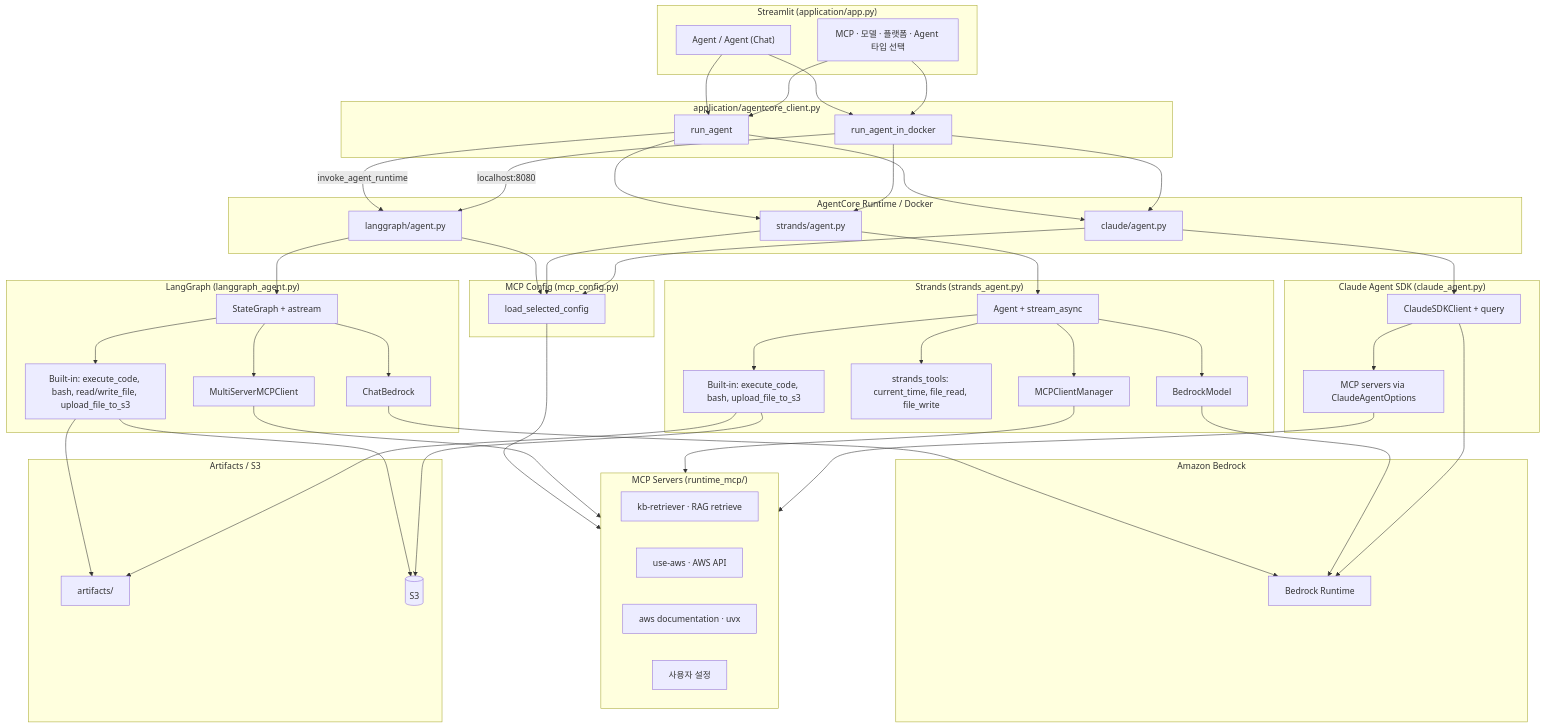
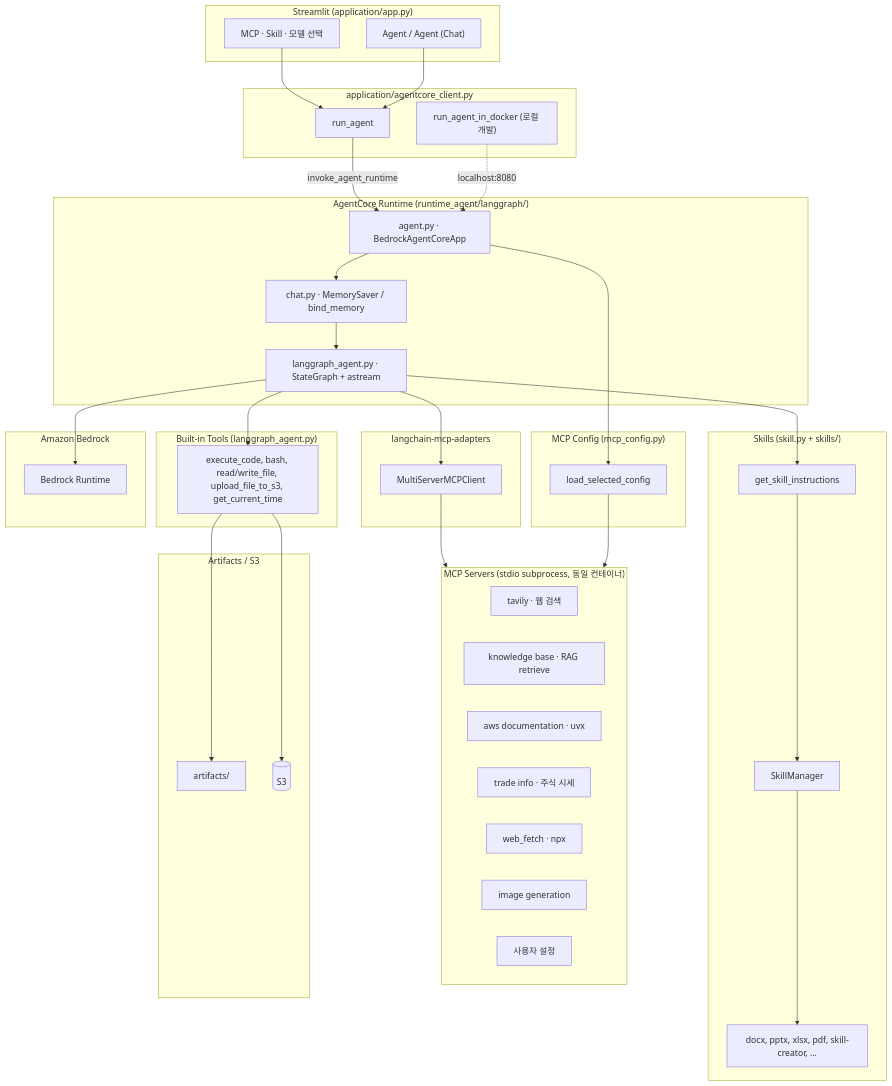
Before and after one commit to kyopark2014/langgraph-runtime: the diagram in README.md, drawn with Mermaid. The commit also changed other lines of this file, not shown here.

````diff
--- a/README.md
+++ b/README.md
@@ -20,49 +20,46 @@
 flowchart TB
   subgraph UI["Streamlit (application/app.py)"]
     MODE["Agent / Agent (Chat)"]
-    SEL["MCP · 모델 · 플랫폼 · Agent 타입 선택"]
+    SEL["MCP · Skill · 모델 선택"]
   end
 
   subgraph Client["application/agentcore_client.py"]
     RA[run_agent]
-    RD[run_agent_in_docker]
+    RD["run_agent_in_docker (로컬 개발)"]
   end
 
-  subgraph Runtime["AgentCore Runtime / Docker"]
-    LG["langgraph/agent.py"]
-    ST["strands/agent.py"]
-    CL["claude/agent.py"]
+  subgraph Runtime["AgentCore Runtime (runtime_agent/langgraph/)"]
+    AG["agent.py · BedrockAgentCoreApp"]
+    CHAT["chat.py · MemorySaver / bind_memory"]
+    LGA["langgraph_agent.py · StateGraph + astream"]
   end
 
-  subgraph LangGraphStack["LangGraph (langgraph_agent.py)"]
-    LGA[StateGraph + astream]
-    LGB["Built-in: execute_code, bash, read/write_file, upload_file_to_s3"]
-    LGM[MultiServerMCPClient]
-    LGC[ChatBedrock]
+  subgraph BuiltIn["Built-in Tools (langgraph_agent.py)"]
+    LGB["execute_code, bash, read/write_file, upload_file_to_s3, get_current_time"]
   end
 
-  subgraph StrandsStack["Strands (strands_agent.py)"]
-    SSA[Agent + stream_async]
-    SSB["Built-in: execute_code, bash, upload_file_to_s3"]
-    SST["strands_tools: current_time, file_read, file_write"]
-    SSM[MCPClientManager]
-    SSBM[BedrockModel]
-  end
-
-  subgraph ClaudeStack["Claude Agent SDK (claude_agent.py)"]
-    CSA[ClaudeSDKClient + query]
-    CSM[MCP servers via ClaudeAgentOptions]
+  subgraph Skills["Skills (skill.py + skills/)"]
+    SKM[SkillManager]
+    SKT[get_skill_instructions]
+    SKD["docx, pptx, xlsx, pdf, skill-creator, ..."]
   end
 
   subgraph MCPConfig["MCP Config (mcp_config.py)"]
     LSC[load_selected_config]
   end
 
-  subgraph MCPServers["MCP Servers (runtime_mcp/)"]
-    KB[kb-retriever · RAG retrieve]
-    UA[use-aws · AWS API]
+  subgraph MCPLocal["MCP Servers (stdio subprocess, 동일 컨테이너)"]
+    TV[tavily · 웹 검색]
+    KB[knowledge base · RAG retrieve]
     AD[aws documentation · uvx]
+    TI[trade info · 주식 시세]
+    WF[web_fetch · npx]
+    IG[image generation]
     UC[사용자 설정]
+  end
+
+  subgraph MCPClient["langchain-mcp-adapters"]
+    LGM[MultiServerMCPClient]
   end
 
   subgraph LLM["Amazon Bedrock"]
@@ -75,44 +72,24 @@
   end
 
   MODE --> RA
-  MODE --> RD
   SEL --> RA
-  SEL --> RD
+  RD -.->|localhost:8080| AG
 
-  RA -->|invoke_agent_runtime| LG
-  RA --> ST
-  RA --> CL
-  RD -->|localhost:8080| LG
-  RD --> ST
-  RD --> CL
-
-  LG --> LGA
-  LGA --> LGC
+  RA -->|invoke_agent_runtime| AG
+  AG --> CHAT
+  CHAT --> LGA
+  LGA --> BR
   LGA --> LGB
   LGA --> LGM
-  LGC --> BR
+  LGA --> SKT
 
-  ST --> SSA
-  SSA --> SSBM
-  SSA --> SSB
-  SSA --> SST
-  SSA --> SSM
-  SSBM --> BR
+  SKT --> SKM
+  SKM --> SKD
 
-  CL --> CSA
-  CSA --> CSM
-  CSA --> BR
-
-  LG --> LSC
-  ST --> LSC
-  CL --> LSC
-  LSC --> MCPServers
-  LGM --> MCPServers
-  SSM --> MCPServers
-  CSM --> MCPServers
+  AG --> LSC
+  LSC --> MCPLocal
+  LGM --> MCPLocal
 
   LGB --> ART
   LGB --> S3
-  SSB --> ART
-  SSB --> S3
 ```
````
